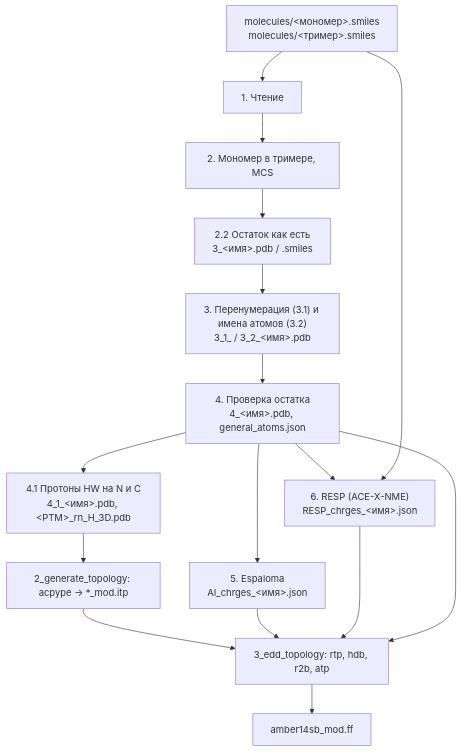
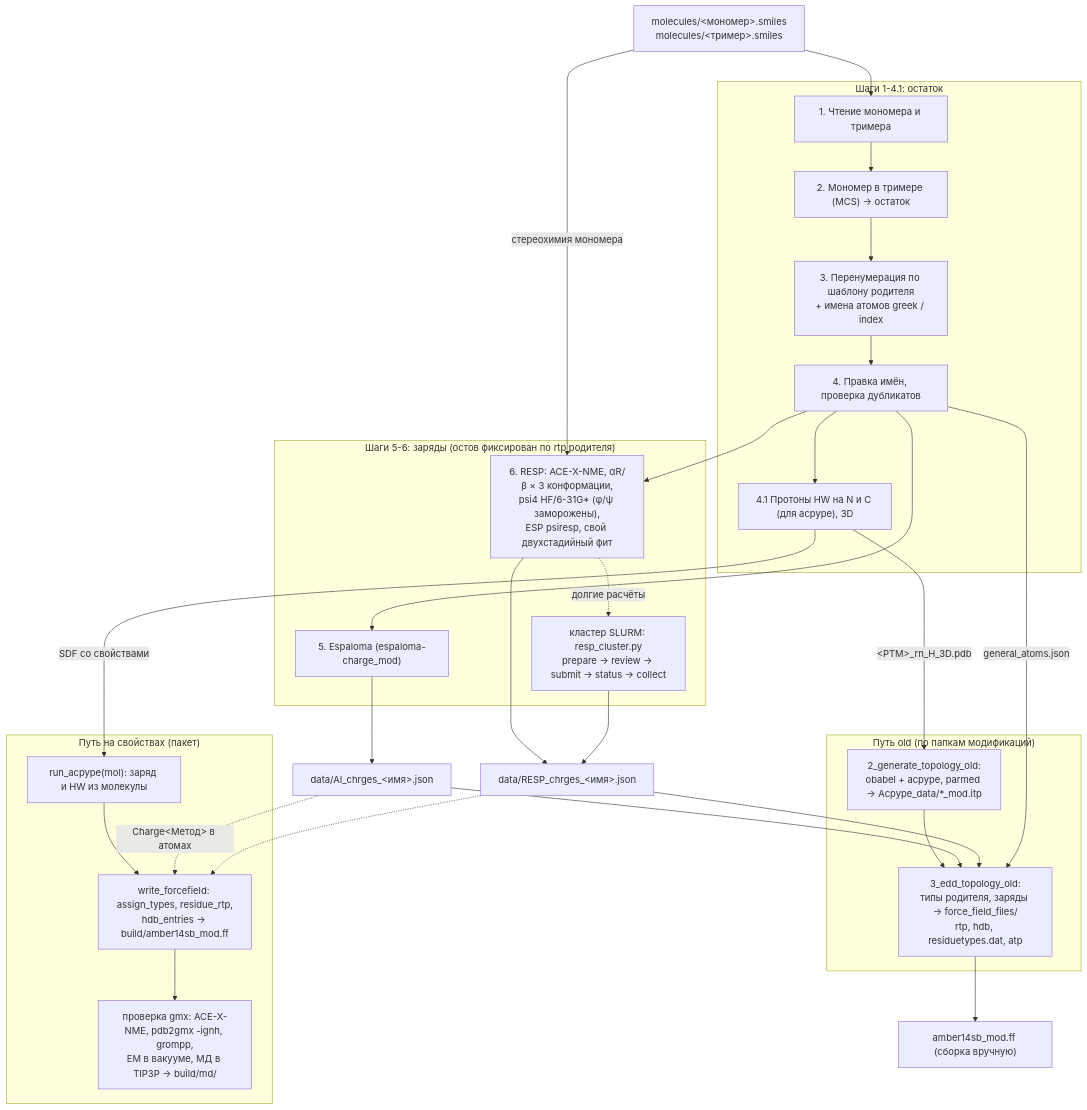
Before and after one commit to intbio/ResParTools: the diagram in docs/PIPELINE.md, drawn with Mermaid. The commit also changed other lines of this file and 3 other files, not shown here.

Commit message:
docs: PLAN - статус и следующие шаги, подробности в HISTORY.md; PIPELINE - geomeTRIC, окружения, espaloma_mod, ноутбуки, лог; .gitignore без служебных строк

````diff
--- a/docs/PIPELINE.md
+++ b/docs/PIPELINE.md
@@ -6,18 +13,52 @@
 ```mermaid
 flowchart TD
-    A["molecules/<мономер>.smiles<br/>molecules/<тример>.smiles"] --> S1[1. Чтение]
-    S1 --> S2[2. Мономер в тримере, MCS]
-    S2 --> S22["2.2 Остаток как есть<br/>3_&lt;имя&gt;.pdb / .smiles"]
-    S22 --> S3["3. Перенумерация (3.1) и имена атомов (3.2)<br/>3_1_ / 3_2_&lt;имя&gt;.pdb"]
-    S3 --> S4["4. Проверка остатка<br/>4_&lt;имя&gt;.pdb, general_atoms.json"]
-    S4 --> S41["4.1 Протоны HW на N и C<br/>4_1_&lt;имя&gt;.pdb, &lt;PTM&gt;_rn_H_3D.pdb"]
-    S4 --> S5["5. Espaloma<br/>AI_chrges_&lt;имя&gt;.json"]
-    S4 --> S6["6. RESP (ACE-X-NME)<br/>RESP_chrges_&lt;имя&gt;.json"]
-    A --> S6
-    S41 --> T2["2_generate_topology: acpype → *_mod.itp"]
-    T2 --> T3["3_edd_topology: rtp, hdb, r2b, atp"]
-    S5 --> T3
-    S6 --> T3
-    S4 --> T3
-    T3 --> FF[amber14sb_mod.ff]
+    IN["molecules/&lt;мономер&gt;.smiles<br/>molecules/&lt;тример&gt;.smiles"]
+
+    subgraph S1["Шаги 1-4.1: остаток"]
+        A1["1. Чтение мономера и тримера"]
+        A2["2. Мономер в тримере (MCS) → остаток"]
+        A3["3. Перенумерация по шаблону родителя<br/>+ имена атомов greek / index"]
+        A4["4. Правка имён, проверка дубликатов"]
+        A41["4.1 Протоны HW на N и C (для acpype), 3D"]
+        A1 --> A2 --> A3 --> A4 --> A41
+    end
+
+    subgraph Q["Шаги 5-6: заряды (остов фиксирован по rtp родителя)"]
+        Q5["5. Espaloma (espaloma-charge_mod)"]
+        Q6["6. RESP: ACE-X-NME, αR/β × 3 конформации,<br/>psi4 HF/6-31G* (φ/ψ заморожены),<br/>ESP psiresp, свой двухстадийный фит"]
+        CL["кластер SLURM: resp_cluster.py<br/>prepare → review → submit → status → collect"]
+        Q6 -. долгие расчёты .-> CL
+    end
+
+    IN --> A1
+    A4 --> Q5
+    A4 --> Q6
+    IN -- "стереохимия мономера" --> Q6
+
+    Q5 --> CH["data/AI_chrges_&lt;имя&gt;.json"]
+    Q6 --> CHR["data/RESP_chrges_&lt;имя&gt;.json"]
+    CL --> CHR
+
+    subgraph OLD["Путь old (по папкам модификаций)"]
+        O2["2_generate_topology_old:<br/>obabel + acpype, parmed → Acpype_data/*_mod.itp"]
+        O3["3_edd_topology_old:<br/>типы родителя, заряды → force_field_files/<br/>rtp, hdb, residuetypes.dat, atp"]
+        O2 --> O3
+    end
+
+    subgraph NEW["Путь на свойствах (пакет)"]
+        N2["run_acpype(mol): заряд и HW из молекулы"]
+        N3["write_forcefield: assign_types, residue_rtp,<br/>hdb_entries → build/amber14sb_mod.ff"]
+        NV["проверка gmx: ACE-X-NME, pdb2gmx -ignh, grompp,<br/>EM в вакууме, МД в TIP3P → build/md/"]
+        N2 --> N3 --> NV
+    end
+
+    A41 -- "&lt;PTM&gt;_rn_H_3D.pdb" --> O2
+    CH --> O3
+    CHR --> O3
+    A4 -- "general_atoms.json" --> O3
+    O3 --> FF["amber14sb_mod.ff (сборка вручную)"]
+
+    A41 -- "SDF со свойствами" --> N2
+    CH -. "Charge&lt;Метод&gt; в атомах" .-> N3
+    CHR -.-> N3
 ```
````
